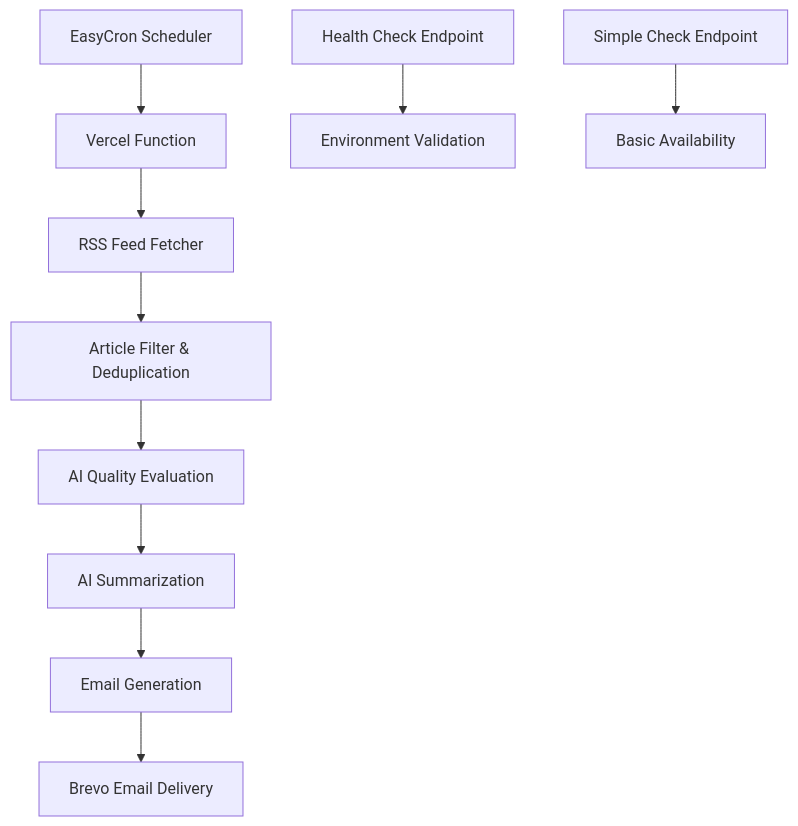
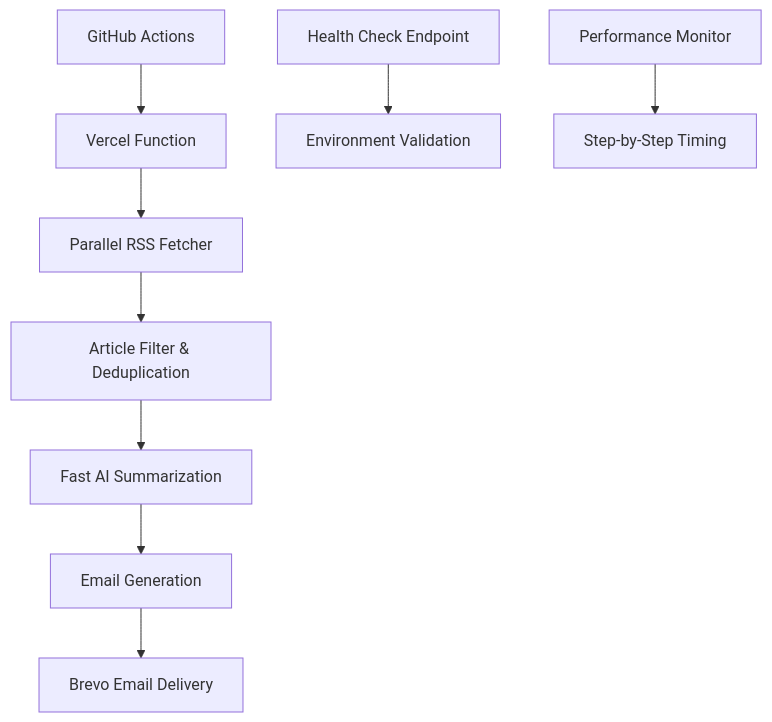
One commit to Deepender25/AI-news-Automation changed the diagram in README.md. Above: the diagram before and after it, drawn with Mermaid. The commit also changed other lines of this file and 3 other files, not shown here.

First line of the commit message:
MAJOR OPTIMIZATION: Sub-200 second execution with GitHub Actions

````diff
--- a/README.md
+++ b/README.md
@@ -74,13 +74,12 @@
 ```mermaid
 graph TD
-    A[EasyCron Scheduler] --> B[Vercel Function]
-    B --> C[RSS Feed Fetcher]
+    A[GitHub Actions] --> B[Vercel Function]
+    B --> C[Parallel RSS Fetcher]
     C --> D[Article Filter & Deduplication]
-    D --> E[AI Quality Evaluation]
-    E --> F[AI Summarization]
-    F --> G[Email Generation]
-    G --> H[Brevo Email Delivery]
+    D --> E[Fast AI Summarization]
+    E --> F[Email Generation]
+    F --> G[Brevo Email Delivery]
     
-    I[Health Check Endpoint] --> J[Environment Validation]
-    K[Simple Check Endpoint] --> L[Basic Availability]
+    H[Health Check Endpoint] --> I[Environment Validation]
+    J[Performance Monitor] --> K[Step-by-Step Timing]
 ```
````
